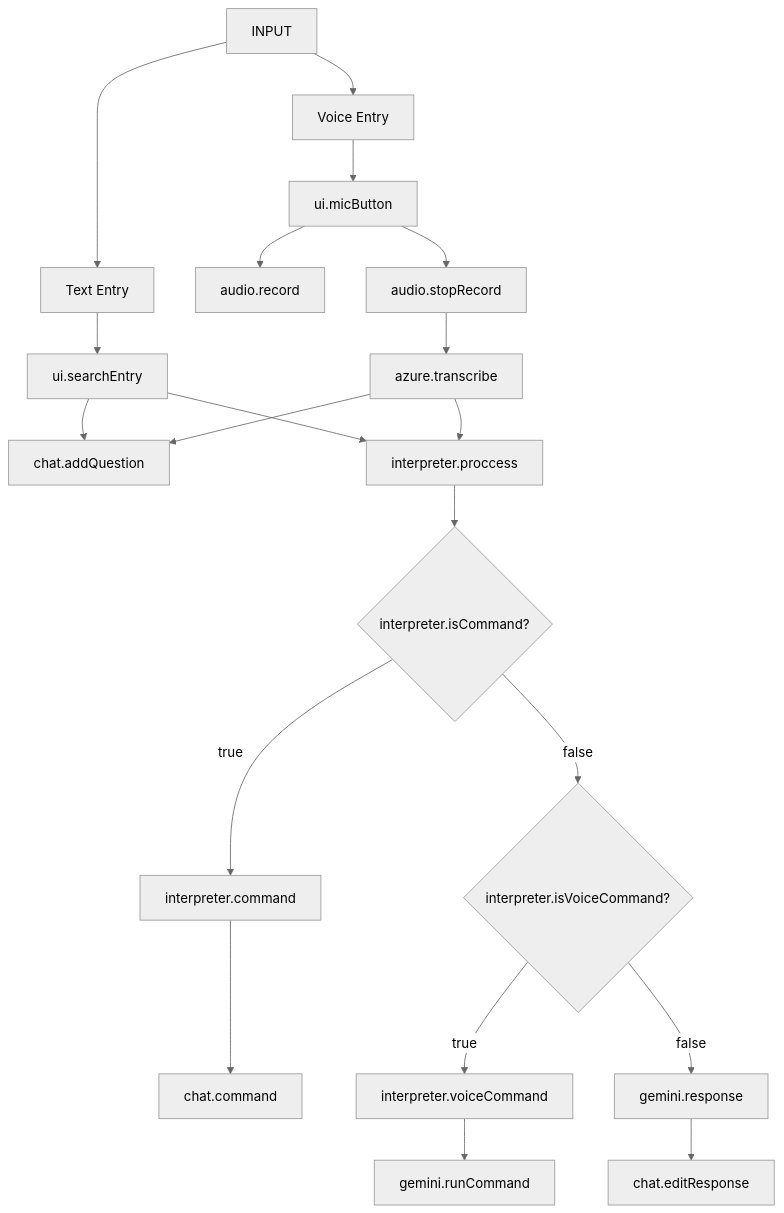
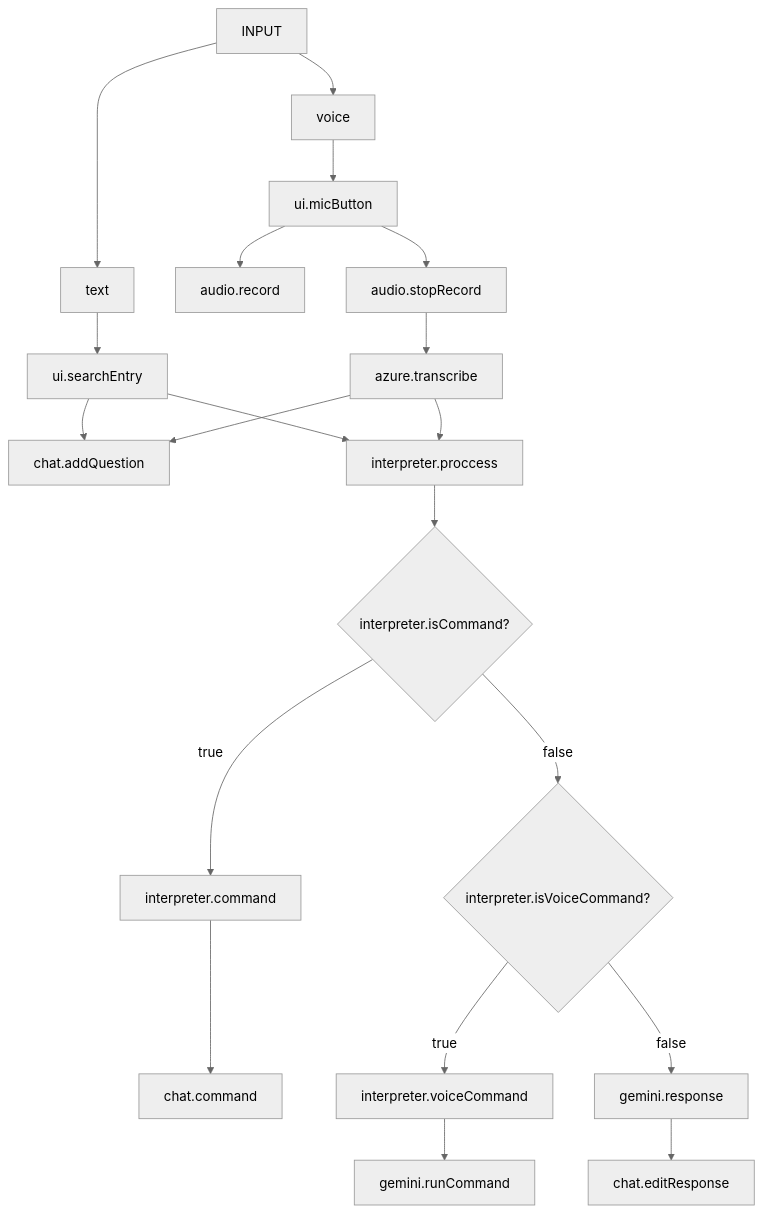
The diagram in Flowchart.md (hermannhahn/aiva), drawn with Mermaid (neutral theme) before and after one commit. The commit also changed 1 other file, not shown here.

````diff
--- a/Flowchart.md
+++ b/Flowchart.md
@@ -1,28 +1,28 @@
 ```mermaid
 graph TD
     %% INPUT
-    INPUT[INPUT] --> TEXTENTRY[textEntry]
-    INPUT --> VOICEENTRY[voiceEntry]
+    INPUT[INPUT] --> TEXTENTRY
+    INPUT --> VOICEENTRY
 
     %% TEXT
-    TEXTENTRY[Text Entry] --> A[ui.searchEntry]
+    TEXTENTRY[text] --> A[ui.searchEntry]
     A --> B[chat.addQuestion]
     A --> C[interpreter.proccess]
 
     %% VOICE
-    VOICEENTRY[Voice Entry] --> D[ui.micButton]
+    VOICEENTRY[voice] --> D[ui.micButton]
     D --> E[audio.record]
     D --> F[audio.stopRecord]
 
     %% Audio
     F --> G[azure.transcribe]
     G --> B
     G --> C
 
     %% Interpreter
     C --> H{interpreter.isCommand?}
     H -- true --> I[interpreter.command] --> J[chat.command]
     H -- false --> K{interpreter.isVoiceCommand?}
     K -- true --> L[interpreter.voiceCommand] --> M[gemini.runCommand]
     K -- false --> N[gemini.response] --> O[chat.editResponse]
 ```
````
